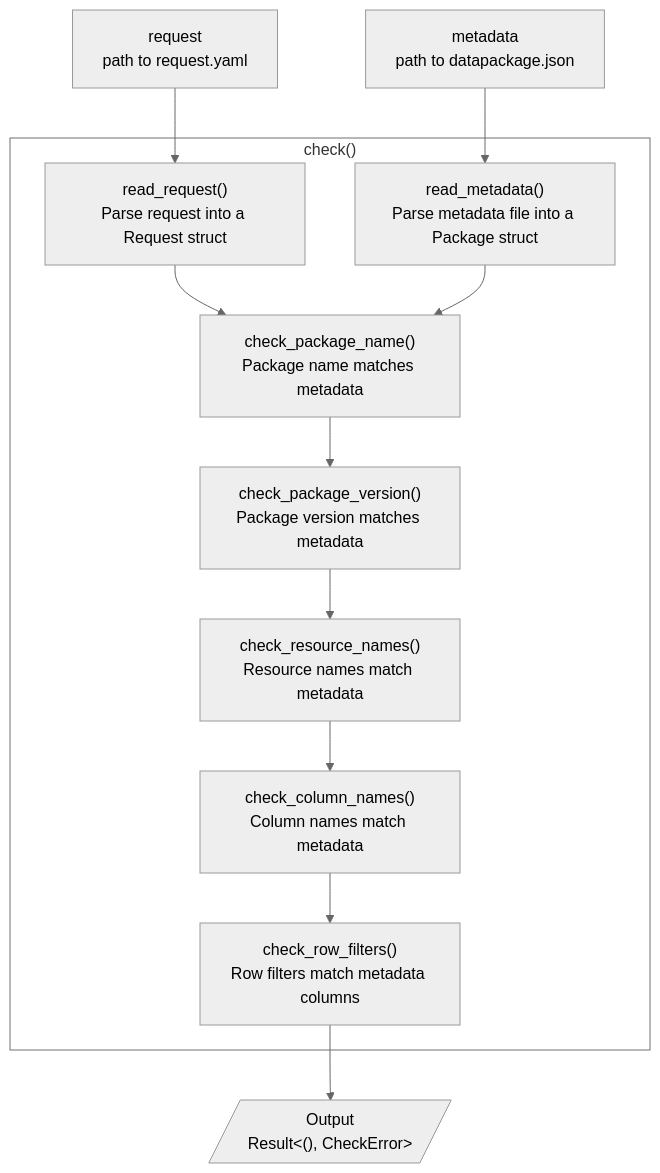
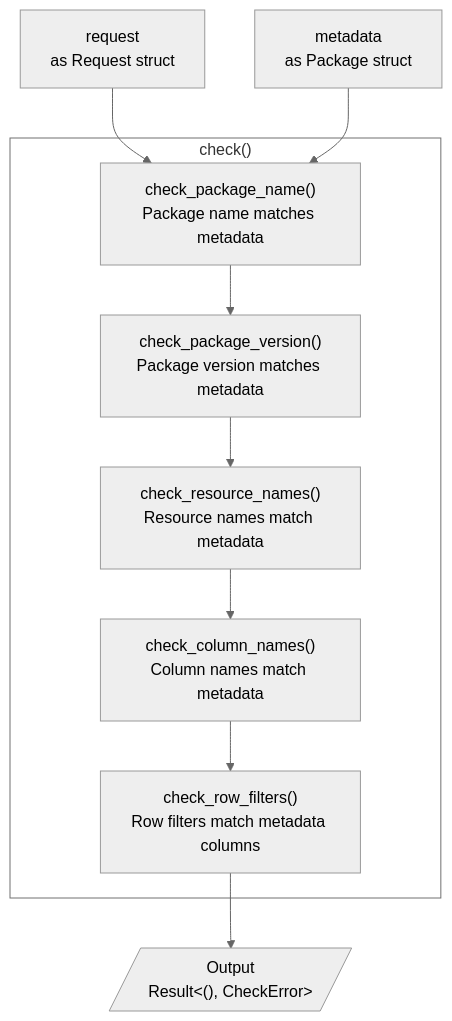
The diagram in docs/design/interface/rust.qmd (seedcase-project/seedcase-propagate), drawn with Mermaid (neutral theme) before and after one commit. The commit also changed other lines of this file, not shown here.

Commit message:
docs: 🏗️ use structs as input for `check()`

````diff
--- a/docs/design/interface/rust.qmd
+++ b/docs/design/interface/rust.qmd
@@ -19,32 +19,29 @@
 ```{mermaid}
 %%| label: fig-check-flow
 %%| fig-cap: "The flow of input and output through the check function."
 %%| fig-alt: >-
 %%|   Diagram showing the flow of input and output through the `check` function.
 %%|   The user provides the request and metadata file. The function completes a
 %%|   set of checks, before returning a result that's either the unit type or a
 %%|   CheckError.
-%%|   
 
 flowchart TD
-    request["request<br>path to request.yaml"]
-    metadata["metadata<br>path to datapackage.json"]
+    request["request<br>as Request struct"]
+    metadata["metadata<br>as Package struct"]
     output[/"Output<br>Result&lt;(), CheckError&gt;"/]
 
     subgraph check ["check()"]
-      read_request["read_request()<br>Parse request into a Request struct"]
-      read_metadata["read_metadata()<br>Parse metadata file into a Package struct"]
       check_package_name["check_package_name()<br>Package name matches metadata"]
       check_package_version["check_package_version()<br>Package version matches metadata"]
       check_resource_names["check_resource_names()<br>Resource names match metadata"]
       check_column_names["check_column_names()<br>Column names match metadata"]
       check_row_filters["check_row_filters()<br>Row filters match metadata columns"]
     end
 
-    request --> read_request --> check_package_name --> check_package_version --> check_resource_names --> check_column_names --> check_row_filters --> output
-    metadata --> read_metadata --> check_package_name
+    request --> check_package_name --> check_package_version --> check_resource_names --> check_column_names --> check_row_filters --> output
+    metadata --> check_package_name
 
     check:::outer_function
 
   classDef outer_function fill:none
 ```
````
